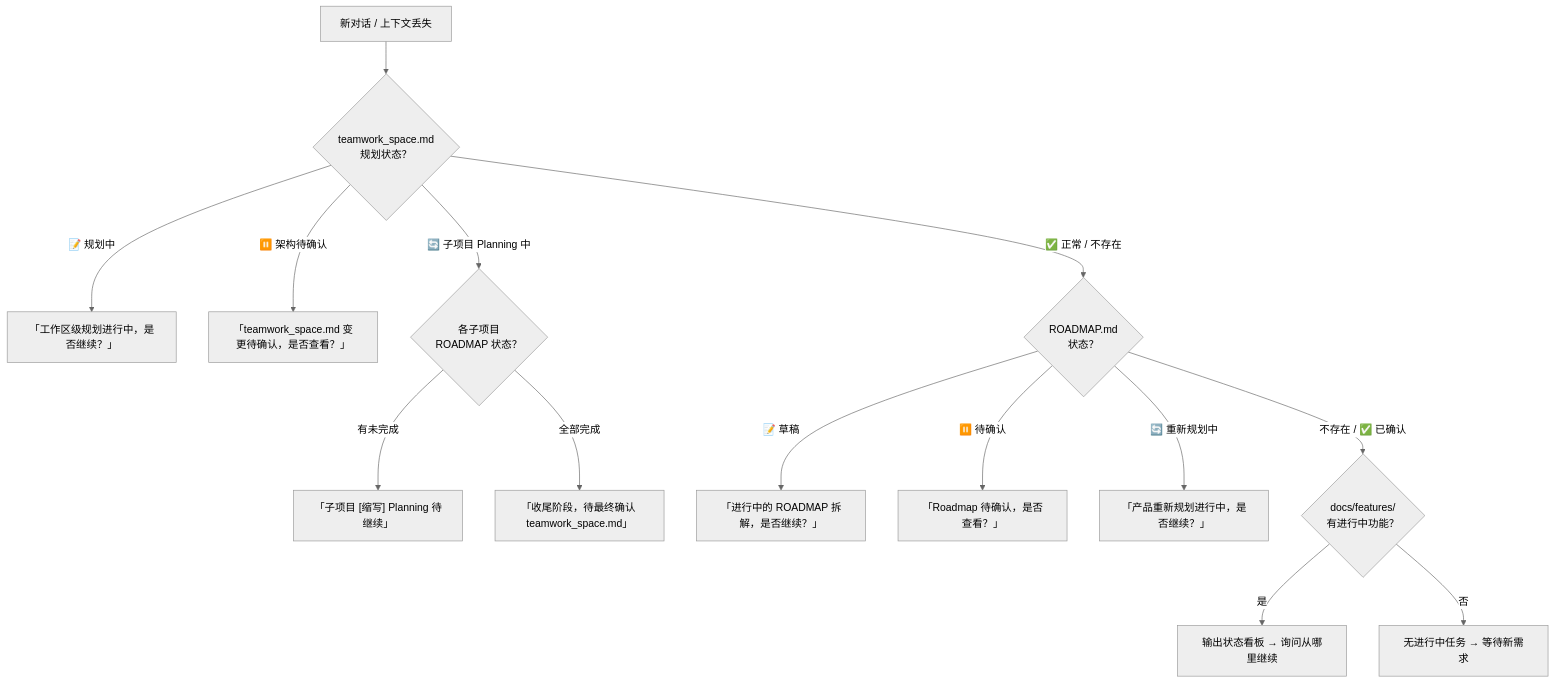
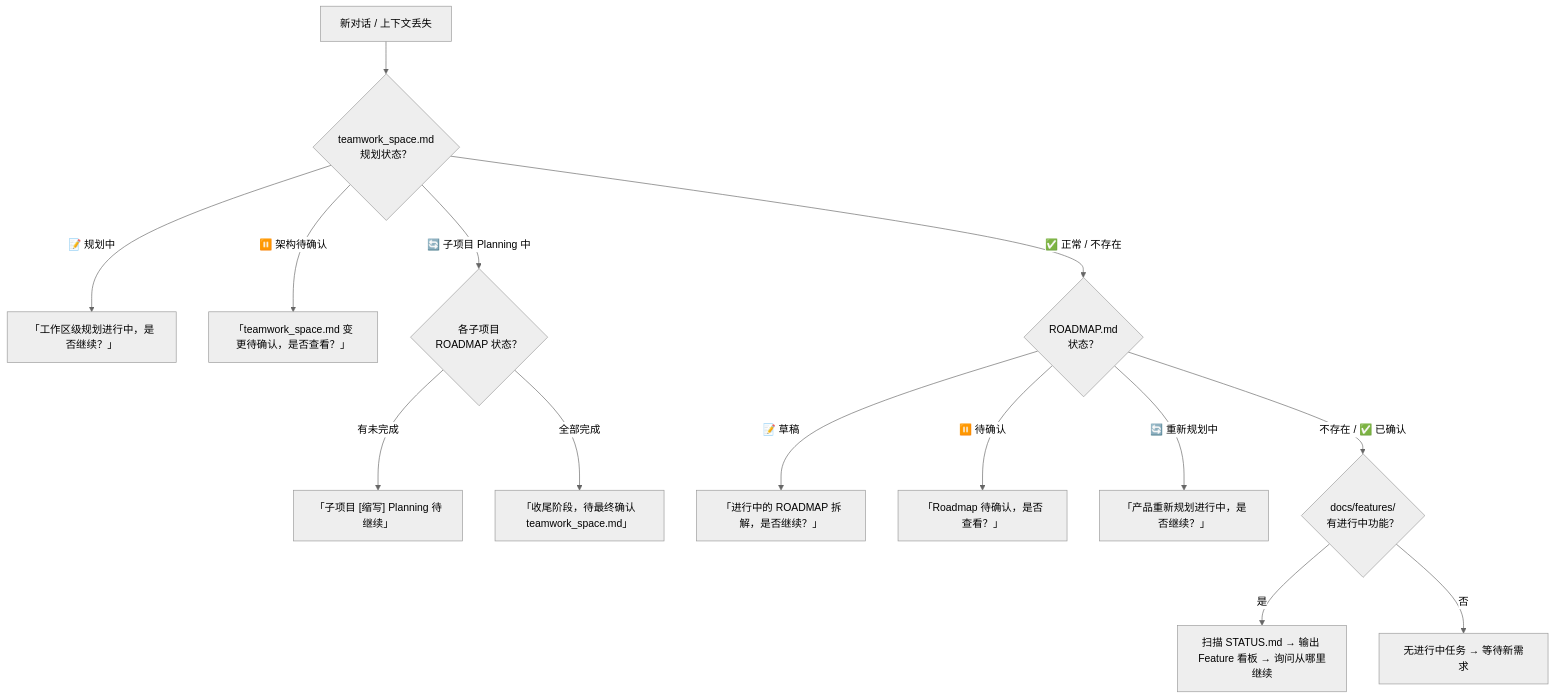
Before and after one commit to okteam99/teamwork: the diagram in skills/teamwork/SKILL.md, drawn with Mermaid (neutral theme). The commit also changed other lines of this file and 10 other files, not shown here.

````diff
--- a/skills/teamwork/SKILL.md
+++ b/skills/teamwork/SKILL.md
@@ -1352,16 +1375,16 @@
 ```mermaid
 flowchart TD
     START[新对话 / 上下文丢失] --> WP{teamwork_space.md<br/>规划状态？}
     WP -->|📝 规划中| WP_DISC["「工作区级规划进行中，是否继续？」"]
     WP -->|⏸️ 架构待确认| WP_CONF["「teamwork_space.md 变更待确认，是否查看？」"]
     WP -->|🔄 子项目 Planning 中| WP_SUB{各子项目<br/>ROADMAP 状态？}
     WP_SUB -->|有未完成| WP_SUB_CONT["「子项目 [缩写] Planning 待继续」"]
     WP_SUB -->|全部完成| WP_SUB_FINAL["「收尾阶段，待最终确认 teamwork_space.md」"]
     WP -->|✅ 正常 / 不存在| FP{ROADMAP.md<br/>状态？}
     FP -->|📝 草稿| FP_DRAFT["「进行中的 ROADMAP 拆解，是否继续？」"]
     FP -->|⏸️ 待确认| FP_CONF["「Roadmap 待确认，是否查看？」"]
     FP -->|🔄 重新规划中| FP_REPLAN["「产品重新规划进行中，是否继续？」"]
     FP -->|不存在 / ✅ 已确认| FEAT{docs/features/<br/>有进行中功能？}
-    FEAT -->|是| FEAT_RESUME["输出状态看板 → 询问从哪里继续"]
+    FEAT -->|是| FEAT_RESUME["扫描 STATUS.md → 输出 Feature 看板 → 询问从哪里继续"]
     FEAT -->|否| NEW["无进行中任务 → 等待新需求"]
 ```
````
